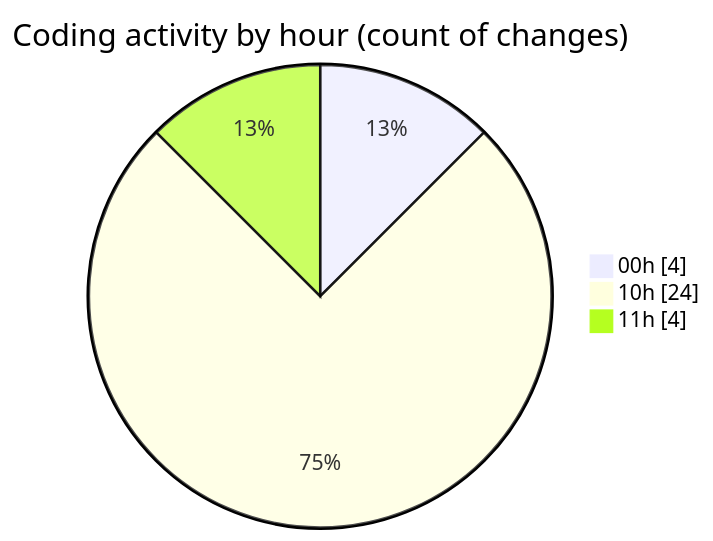
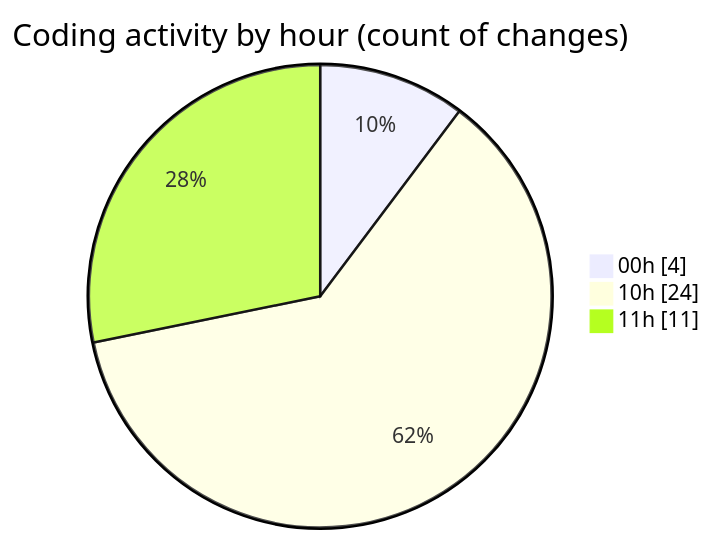
The second of 2 diagrams in 2025-04-04/back-end/README.md (Netris89/code-tracking), drawn with Mermaid before and after one commit. The commit also changed other lines of this file and 1 other file, not shown here.

````diff
--- a/2025-04-04/back-end/README.md
+++ b/2025-04-04/back-end/README.md
@@ -32,7 +32,7 @@
 ```mermaid
 pie showData
 title Coding activity by hour (count of changes)
 "00h" : 4
 "10h" : 24
-"11h" : 4
+"11h" : 11
 ```
````
